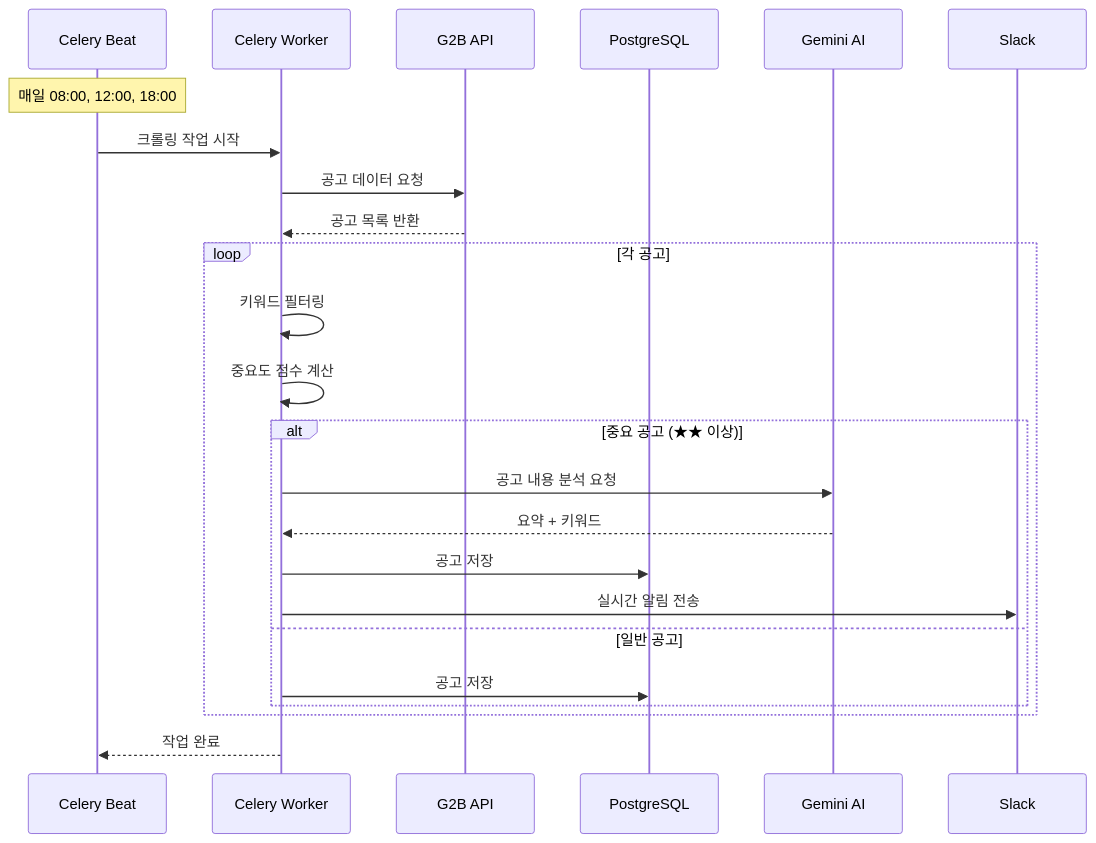
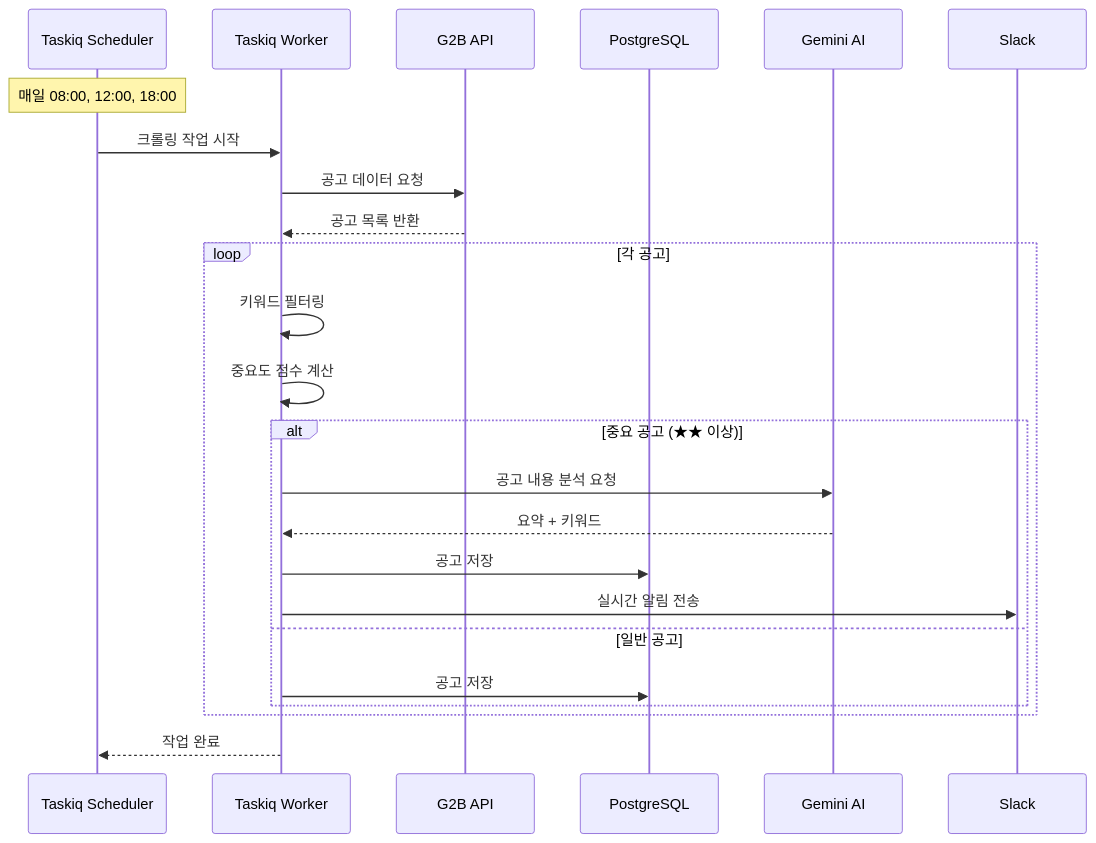
Before and after one commit to doublesilver/biz-retriever: the third of 5 diagrams in README.md, drawn with Mermaid. The commit also changed other lines of this file, not shown here.

First line of the commit message:
docs: Update README for Celery → Taskiq migration

````diff
--- a/README.md
+++ b/README.md
@@ -222,31 +224,31 @@
 ```mermaid
 sequenceDiagram
-    participant Scheduler as Celery Beat
-    participant Worker as Celery Worker
+    participant Scheduler as Taskiq Scheduler
+    participant Worker as Taskiq Worker
     participant G2B as G2B API
     participant DB as PostgreSQL
     participant AI as Gemini AI
     participant Slack as Slack
 
     Note over Scheduler: 매일 08:00, 12:00, 18:00
 
     Scheduler->>Worker: 크롤링 작업 시작
     Worker->>G2B: 공고 데이터 요청
     G2B-->>Worker: 공고 목록 반환
     
     loop 각 공고
         Worker->>Worker: 키워드 필터링
         Worker->>Worker: 중요도 점수 계산
         
         alt 중요 공고 (★★ 이상)
             Worker->>AI: 공고 내용 분석 요청
             AI-->>Worker: 요약 + 키워드
             Worker->>DB: 공고 저장
             Worker->>Slack: 실시간 알림 전송
         else 일반 공고
             Worker->>DB: 공고 저장
         end
     end
 
     Worker-->>Scheduler: 작업 완료
 ```
````
